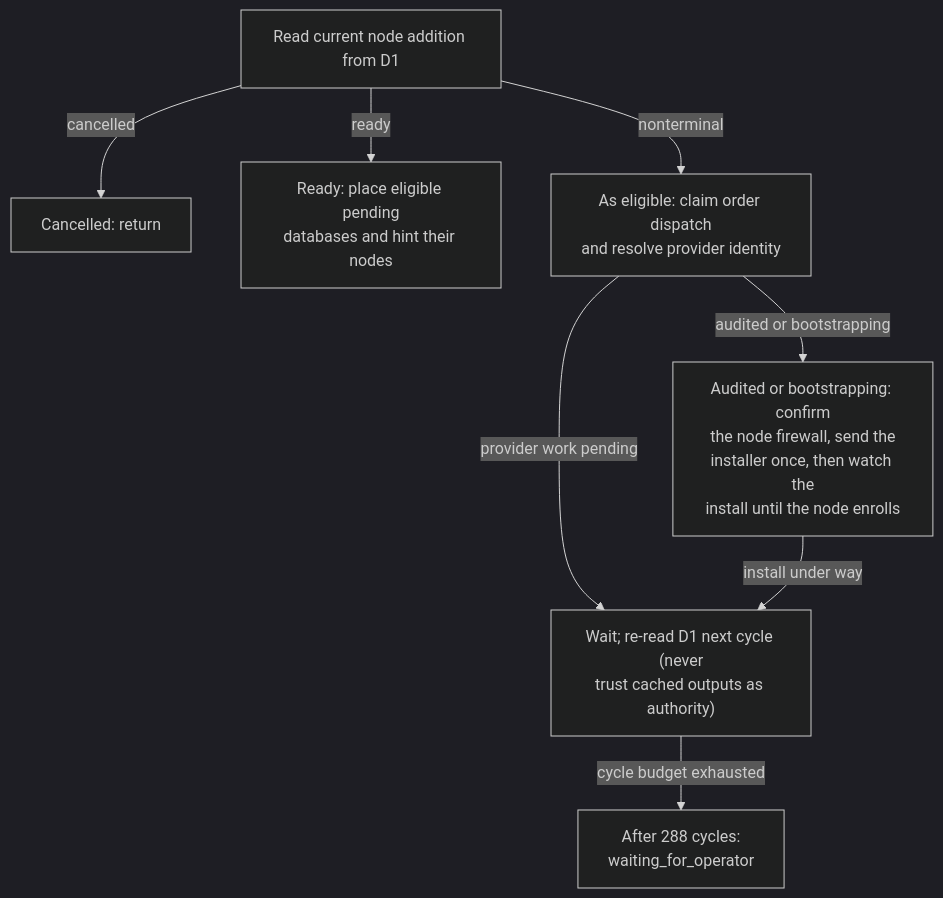
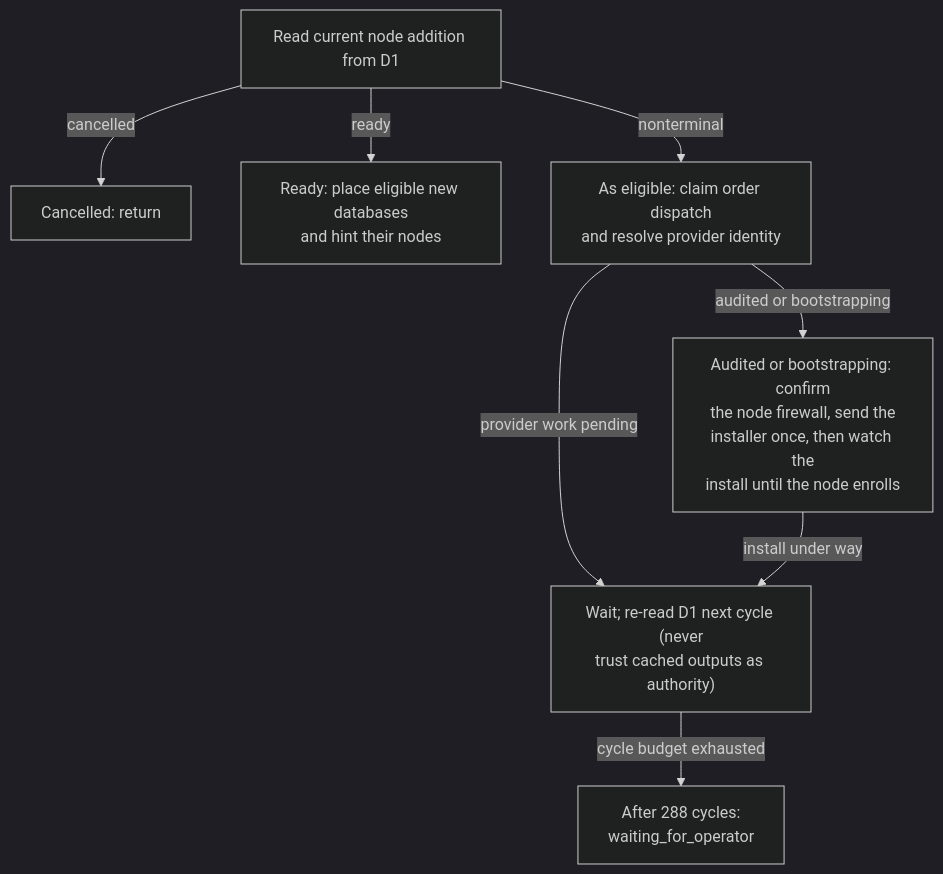
Before and after one commit to amerged-org/cloudflare-postgres: the diagram in docs/architecture/mermaider/add-node.mmd, drawn with Mermaid (dark theme). The commit also changed 79 other files, not shown here.

```diff
--- a/docs/architecture/mermaider/add-node.mmd
+++ b/docs/architecture/mermaider/add-node.mmd
@@ -1,15 +1,15 @@
 flowchart TD
     n_98d16e133cfc["Read current node addition from D1"]
     n_05cae6515ea2["Cancelled: return"]
-    n_f6c7e8a30e85["Ready: place eligible pending<br/>databases and hint their nodes"]
+    n_f6c7e8a30e85["Ready: place eligible new databases<br/>and hint their nodes"]
     n_a67701fc2401["As eligible: claim order dispatch<br/>and resolve provider identity"]
     n_d893dc3cbbc2["Audited or bootstrapping: confirm<br/>the node firewall, send the<br/>installer once, then watch the<br/>install until the node enrolls"]
     n_8092c49190cf["Wait; re-read D1 next cycle (never<br/>trust cached outputs as authority)"]
     n_83212f141b4e["After 288 cycles:<br/>waiting_for_operator"]
     n_98d16e133cfc -->|"cancelled"| n_05cae6515ea2
     n_98d16e133cfc -->|"ready"| n_f6c7e8a30e85
     n_98d16e133cfc -->|"nonterminal"| n_a67701fc2401
     n_a67701fc2401 -->|"audited or bootstrapping"| n_d893dc3cbbc2
     n_a67701fc2401 -->|"provider work pending"| n_8092c49190cf
     n_8092c49190cf -->|"cycle budget exhausted"| n_83212f141b4e
     n_d893dc3cbbc2 -->|"install under way"| n_8092c49190cf
```
